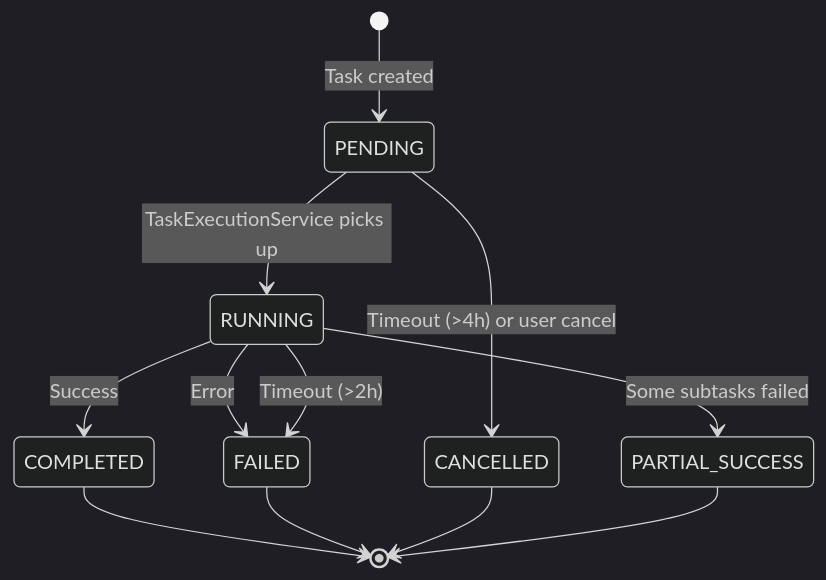
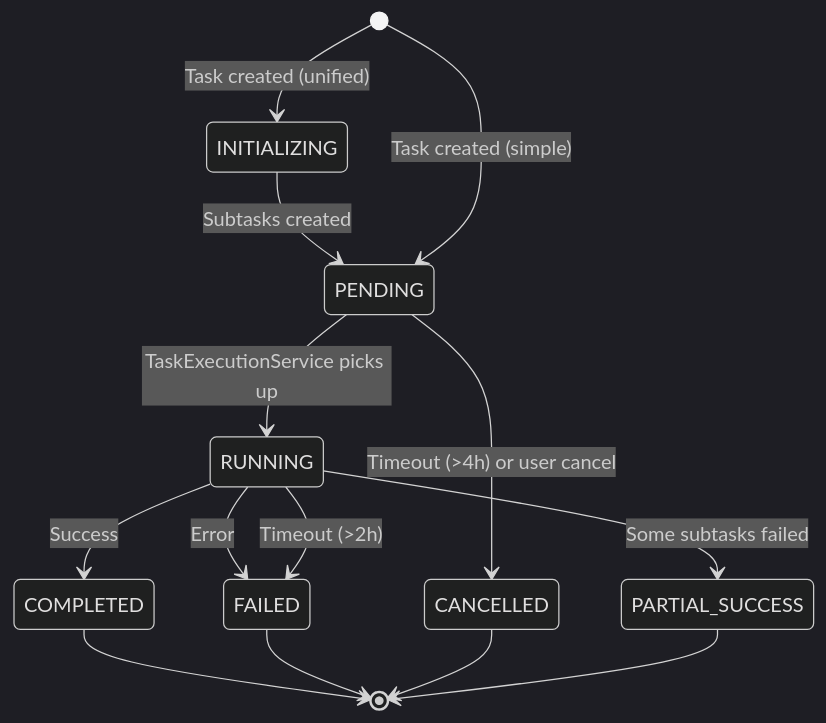
The fourth of 8 diagrams in docs/ARCHITECTURE.md (GrabowMar/ThesisAppRework), drawn with Mermaid (dark theme) before and after one commit. The commit also changed other lines of this file and 9 other files, not shown here.

````diff
--- a/docs/ARCHITECTURE.md
+++ b/docs/ARCHITECTURE.md
@@ -151,14 +151,16 @@
 ```mermaid
 stateDiagram-v2
-    [*] --> PENDING: Task created
+    [*] --> INITIALIZING: Task created (unified)
+    INITIALIZING --> PENDING: Subtasks created
+    [*] --> PENDING: Task created (simple)
     PENDING --> RUNNING: TaskExecutionService picks up
     PENDING --> CANCELLED: Timeout (>4h) or user cancel
     RUNNING --> COMPLETED: Success
     RUNNING --> FAILED: Error
     RUNNING --> PARTIAL_SUCCESS: Some subtasks failed
     RUNNING --> FAILED: Timeout (>2h)
     COMPLETED --> [*]
     FAILED --> [*]
     CANCELLED --> [*]
     PARTIAL_SUCCESS --> [*]
 ```
````
